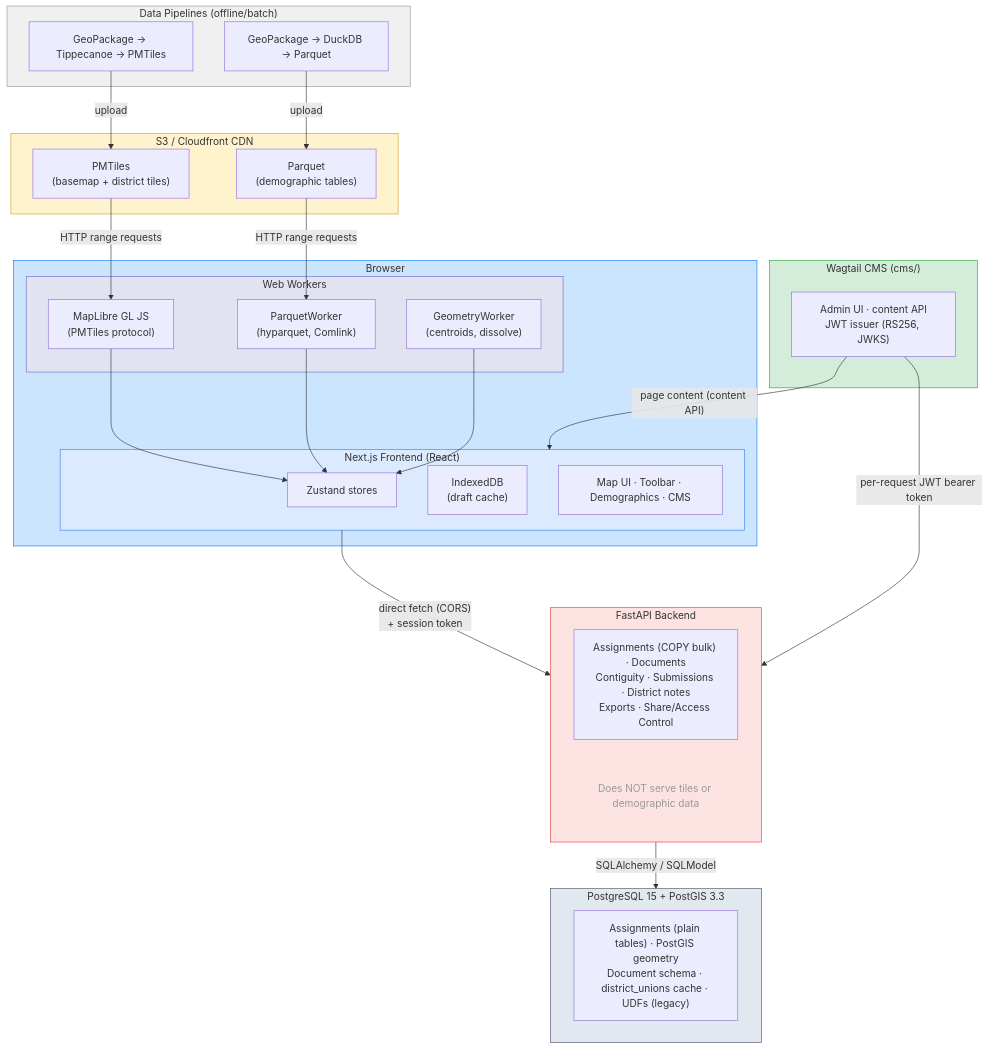
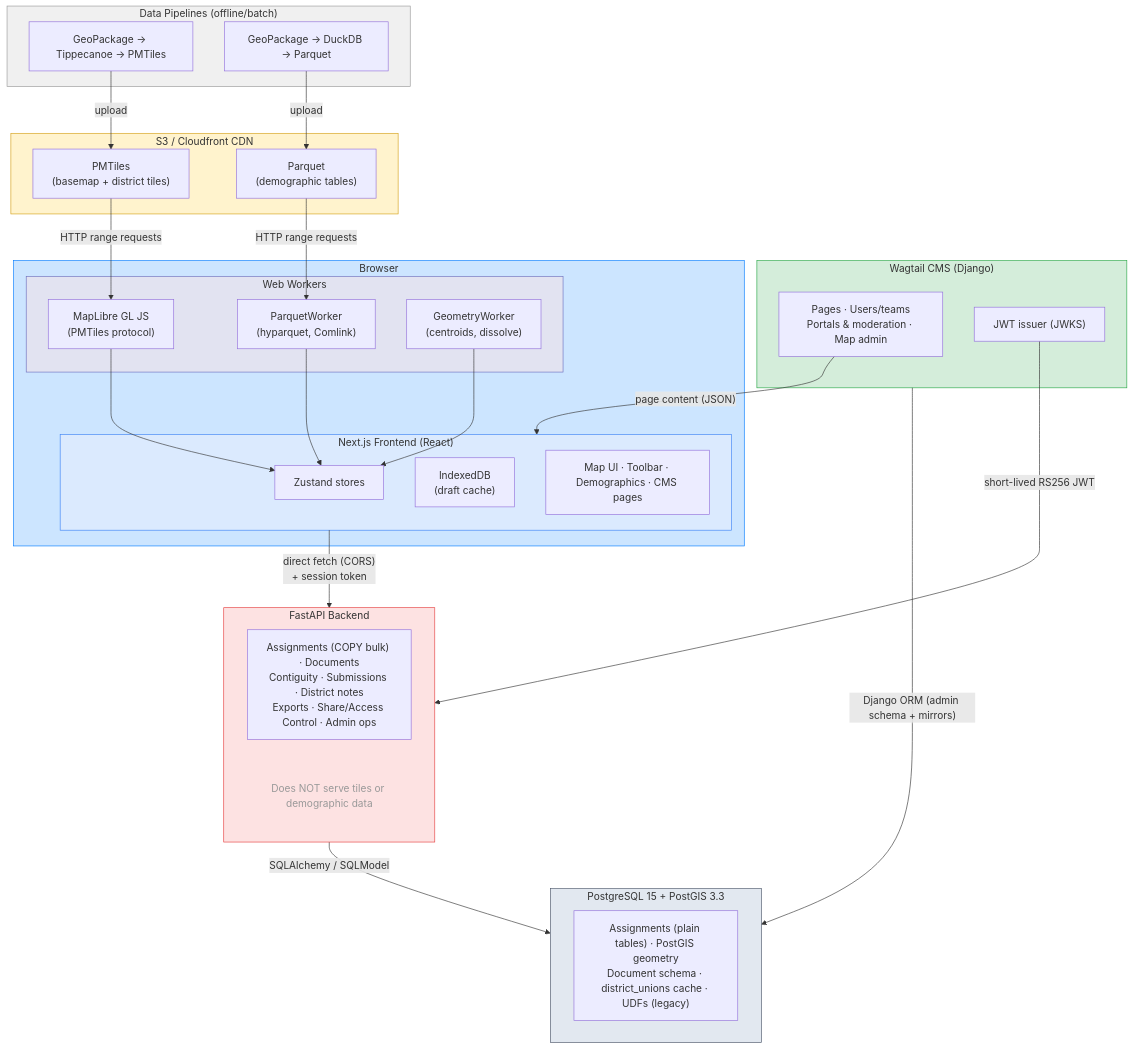
Before and after one commit to districtr/districtr-v2: the diagram in docs/architecture.md, drawn with Mermaid. The commit also changed other lines of this file and 212 other files, not shown here.

````diff
--- a/docs/architecture.md
+++ b/docs/architecture.md
@@ -7,60 +7,62 @@
 ```mermaid
 graph TD
     subgraph Pipelines["Data Pipelines (offline/batch)"]
         P1["GeoPackage → Tippecanoe → PMTiles"]
         P2["GeoPackage → DuckDB → Parquet"]
     end
 
     subgraph S3["S3 / Cloudfront CDN"]
         Tiles["PMTiles<br/>(basemap + district tiles)"]
         Parquet["Parquet<br/>(demographic tables)"]
     end
 
-    subgraph CMS["Wagtail CMS (cms/)"]
-        Wagtail["Admin UI · content API<br/>JWT issuer (RS256, JWKS)"]
+    subgraph CMS["Wagtail CMS (Django)"]
+        Content["Pages · Users/teams<br/>Portals & moderation · Map admin"]
+        Issuer["JWT issuer (JWKS)"]
     end
 
     subgraph Browser["Browser"]
         subgraph Workers["Web Workers"]
             MapLibre["MapLibre GL JS<br/>(PMTiles protocol)"]
             PW["ParquetWorker<br/>(hyparquet, Comlink)"]
             GW["GeometryWorker<br/>(centroids, dissolve)"]
         end
         subgraph App["Next.js Frontend (React)"]
             Zustand["Zustand stores"]
             IDB["IndexedDB<br/>(draft cache)"]
-            UI["Map UI · Toolbar · Demographics · CMS"]
+            UI["Map UI · Toolbar · Demographics · CMS pages"]
         end
     end
 
     subgraph API["FastAPI Backend"]
-        Endpoints["Assignments (COPY bulk) · Documents<br/>Contiguity · Submissions · District notes<br/>Exports · Share/Access Control"]
+        Endpoints["Assignments (COPY bulk) · Documents<br/>Contiguity · Submissions · District notes<br/>Exports · Share/Access Control · Admin ops"]
         Note["Does NOT serve tiles or demographic data"]
     end
 
     subgraph DB["PostgreSQL 15 + PostGIS 3.3"]
         Tables["Assignments (plain tables) · PostGIS geometry<br/>Document schema · district_unions cache · UDFs (legacy)"]
     end
 
     P1 -->|upload| Tiles
     P2 -->|upload| Parquet
     Tiles -->|HTTP range requests| MapLibre
     Parquet -->|HTTP range requests| PW
-    Wagtail -->|"page content (content API)"| App
-    Wagtail -->|"per-request JWT bearer token"| API
+    Content -->|"page content (JSON)"| App
+    Issuer -->|"short-lived RS256 JWT"| API
+    CMS -->|"Django ORM (admin schema + mirrors)"| DB
     MapLibre --> Zustand
     PW --> Zustand
     GW --> Zustand
     App -->|"direct fetch (CORS)<br/>+ session token"| API
     API -->|SQLAlchemy / SQLModel| DB
 
     style Pipelines fill:#f0f0f0,stroke:#999
     style S3 fill:#fff3cd,stroke:#d4a017
     style CMS fill:#d4edda,stroke:#28a745
     style Browser fill:#cce5ff,stroke:#007bff
     style Workers fill:#e2e3f1,stroke:#6c6fbd
     style App fill:#dbeafe,stroke:#3b82f6
     style API fill:#fde2e2,stroke:#e53e3e
     style DB fill:#e2e8f0,stroke:#4a5568
     style Note fill:none,stroke:none,color:#999
 ```
````
